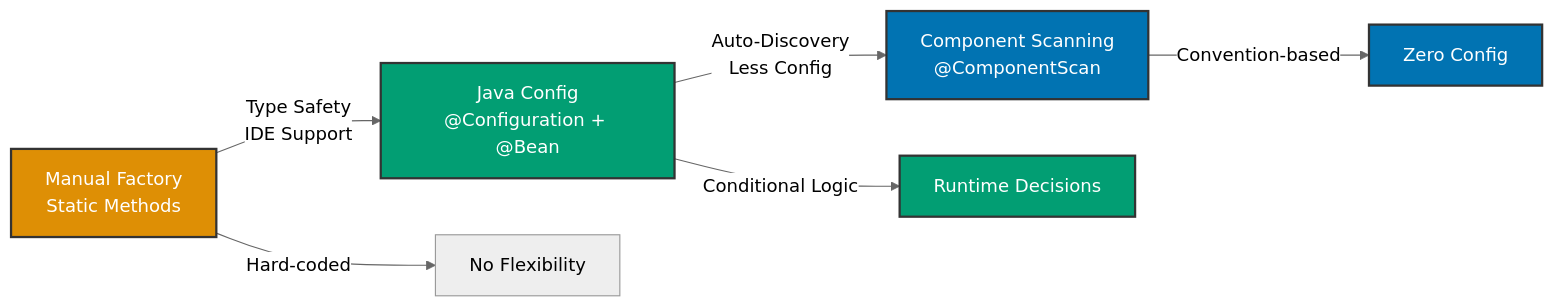
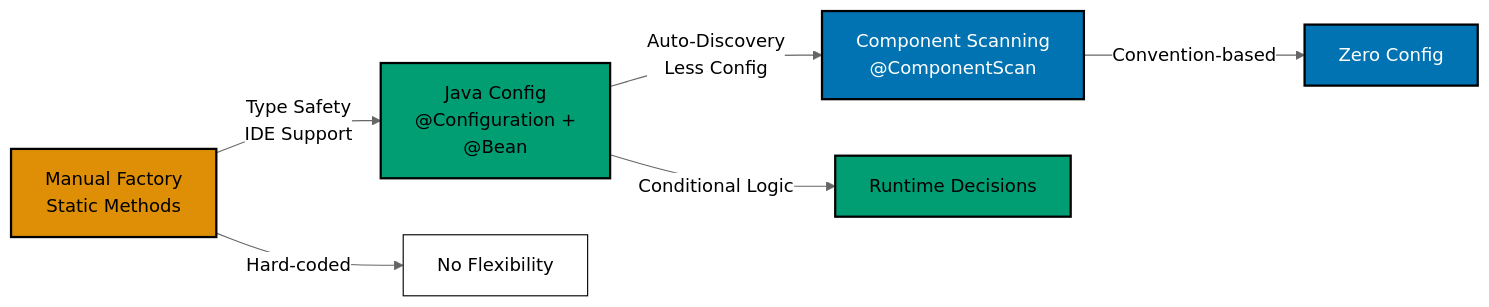
One commit to wahidyankf/ose-public changed the diagram in apps/ayokoding-www/content/en/learn/legacy/software-engineering/platforms/web/tools/jvm-spring/in-the-field/configuration.md. Above: the diagram before and after it, drawn with Mermaid (neutral theme). The commit also changed 130 other files, not shown here.

First line of the commit message:
fix(mermaid): bring the legacy platforms diagrams onto the accessible palette

````diff
--- a/apps/ayokoding-www/content/en/learn/legacy/software-engineering/platforms/web/tools/jvm-spring/in-the-field/configuration.md
+++ b/apps/ayokoding-www/content/en/learn/legacy/software-engineering/platforms/web/tools/jvm-spring/in-the-field/configuration.md
@@ -273,15 +273,21 @@
 ```mermaid
 graph LR
-    A[Manual Factory<br/>Static Methods] -->|Type Safety<br/>IDE Support| B[Java Config<br/>@Configuration + @Bean]
+    accTitle: Progression Diagram
+    accDescr: Graph with 6 nodes and 5 connections. Nodes: Manual Factory Static Methods, Java Config @Configuration + @Bean, Component Scanning @ComponentScan, No Flexibility, Runtime Decisions, Zero Config. Connections: Manual Factory Static Methods to Java Config @Configuration + @Bean (Type Safety IDE Support), Java Config @Configuration + @Bean to Component Scanning @ComponentScan (Auto-Discovery Less Config), Manual Factory Static Methods to No Flexibility (Hard-coded), Java Config @Configuration + @Bean to Runtime Decisions (Conditional Logic), Component Scanning @ComponentScan to Zero Config (Convention-based).
+    A[Manual Factory<br/>Static Methods] -->|Type Safety<br/>IDE Support| B[Java Config<br/>@Configuration +<br/>@Bean]
     B -->|Auto-Discovery<br/>Less Config| C[Component Scanning<br/>@ComponentScan]
 
     A -->|Hard-coded| D[No Flexibility]
     B -->|Conditional Logic| E[Runtime Decisions]
     C -->|Convention-based| F[Zero Config]
 
-    style A fill:#DE8F05,stroke:#333,stroke-width:2px,color:#fff
-    style B fill:#029E73,stroke:#333,stroke-width:2px,color:#fff
-    style C fill:#0173B2,stroke:#333,stroke-width:2px,color:#fff
-    style E fill:#029E73,stroke:#333,stroke-width:2px,color:#fff
-    style F fill:#0173B2,stroke:#333,stroke-width:2px,color:#fff
+    classDef pal-DE8F05 fill:#DE8F05,stroke:#000000,color:#000000,stroke-width:2px
+    class A pal-DE8F05
+    classDef pal-029E73 fill:#029E73,stroke:#000000,color:#000000,stroke-width:2px
+    class B pal-029E73
+    classDef pal-0173B2 fill:#0173B2,stroke:#000000,color:#FFFFFF,stroke-width:2px
+    class C pal-0173B2
+    class E pal-029E73
+    class F pal-0173B2
+    classDef default fill:#FFFFFF,stroke:#000000,color:#000000
 ```
````
